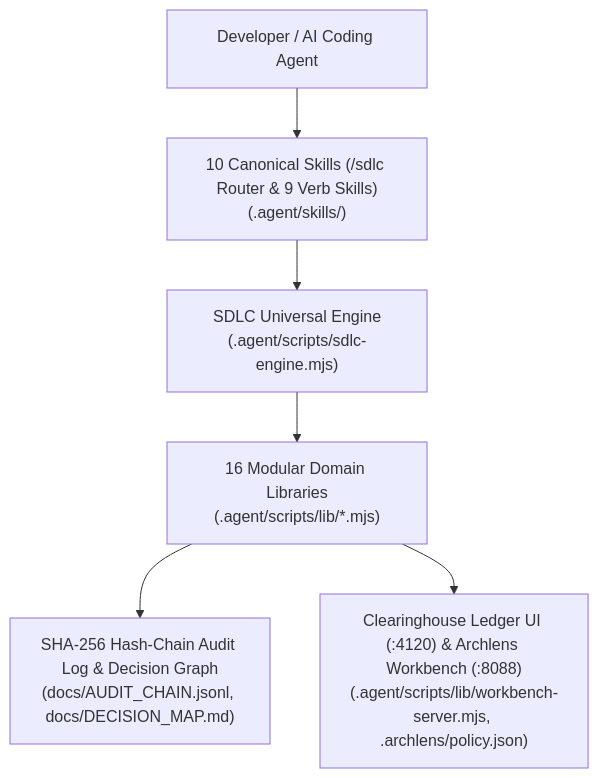
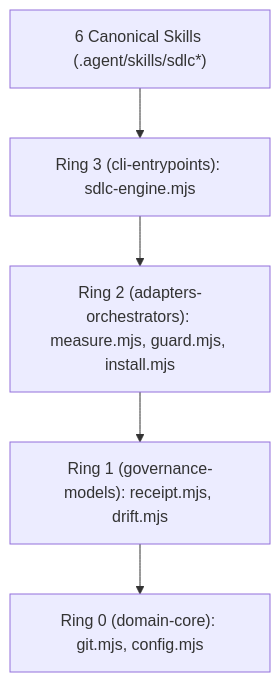
The diagram in docs/SRS.md (fmatar/sealit), drawn with Mermaid before and after one commit. The commit also changed other lines of this file and 416 other files, not shown here.

````diff
--- a/docs/SRS.md
+++ b/docs/SRS.md
@@ -32,13 +29,7 @@
 ```mermaid
-flowchart TB
-    Operator["Developer / AI Coding Agent"] --> Router["10 Canonical Skills (/sdlc Router & 9 Verb Skills)
-(.agent/skills/)"]
-    Router --> Engine["SDLC Universal Engine
-(.agent/scripts/sdlc-engine.mjs)"]
-    Engine --> Domain["16 Modular Domain Libraries
-(.agent/scripts/lib/*.mjs)"]
-    Domain --> Ledger["SHA-256 Hash-Chain Audit Log & Decision Graph
-(docs/AUDIT_CHAIN.jsonl, docs/DECISION_MAP.md)"]
-    Domain --> Workbench["Clearinghouse Ledger UI (:4120) & Archlens Workbench (:8088)
-(.agent/scripts/lib/workbench-server.mjs, .archlens/policy.json)"]
+flowchart TD
+    Skills["6 Canonical Skills (.agent/skills/sdlc*)"] --> CLI["Ring 3 (cli-entrypoints): sdlc-engine.mjs"]
+    CLI --> Adapters["Ring 2 (adapters-orchestrators): measure.mjs, guard.mjs, install.mjs"]
+    Adapters --> Governance["Ring 1 (governance-models): receipt.mjs, drift.mjs"]
+    Governance --> Core["Ring 0 (domain-core): git.mjs, config.mjs"]
 ```
````
